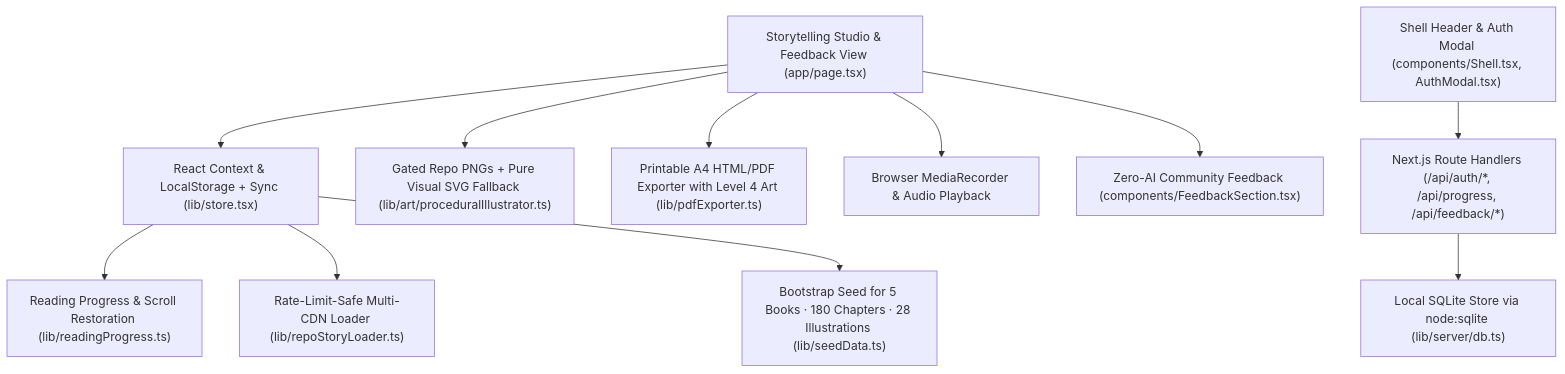
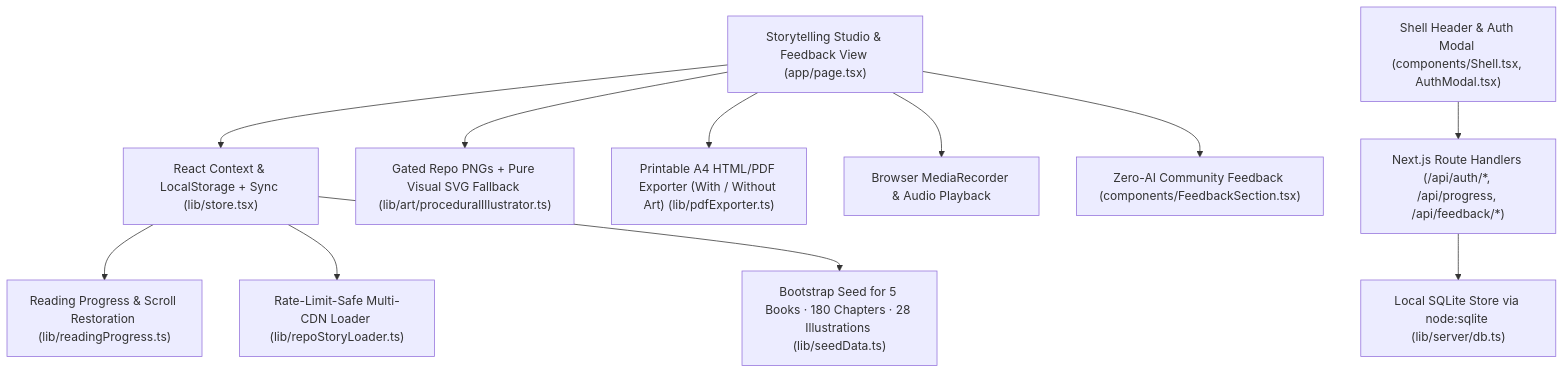
Before and after one commit to minhxuvi/ViWaldorf-harness: the diagram in harness/specs/01-architecture-overview.md, drawn with Mermaid. The commit also changed other lines of this file and 9 other files, not shown here.

````diff
--- a/harness/specs/01-architecture-overview.md
+++ b/harness/specs/01-architecture-overview.md
@@ -17,13 +17,13 @@
 ```mermaid
 graph TD
     UI["Storytelling Studio & Feedback View (app/page.tsx)"] --> STORE["React Context & LocalStorage + Sync (lib/store.tsx)"]
     STORE --> PROG["Reading Progress & Scroll Restoration (lib/readingProgress.ts)"]
     STORE --> LOADER["Rate-Limit-Safe Multi-CDN Loader (lib/repoStoryLoader.ts)"]
     STORE --> SEED["Bootstrap Seed for 5 Books · 180 Chapters · 28 Illustrations (lib/seedData.ts)"]
     UI --> ART["Gated Repo PNGs + Pure Visual SVG Fallback (lib/art/proceduralIllustrator.ts)"]
-    UI --> PDF["Printable A4 HTML/PDF Exporter with Level 4 Art (lib/pdfExporter.ts)"]
+    UI --> PDF["Printable A4 HTML/PDF Exporter (With / Without Art) (lib/pdfExporter.ts)"]
     UI --> MIC["Browser MediaRecorder & Audio Playback"]
     UI --> FB["Zero-AI Community Feedback (components/FeedbackSection.tsx)"]
     HEADER["Shell Header & Auth Modal (components/Shell.tsx, AuthModal.tsx)"] --> AUTH_API["Next.js Route Handlers (/api/auth/*, /api/progress, /api/feedback/*)"]
     AUTH_API --> SQLITE["Local SQLite Store via node:sqlite (lib/server/db.ts)"]
 ```
````
